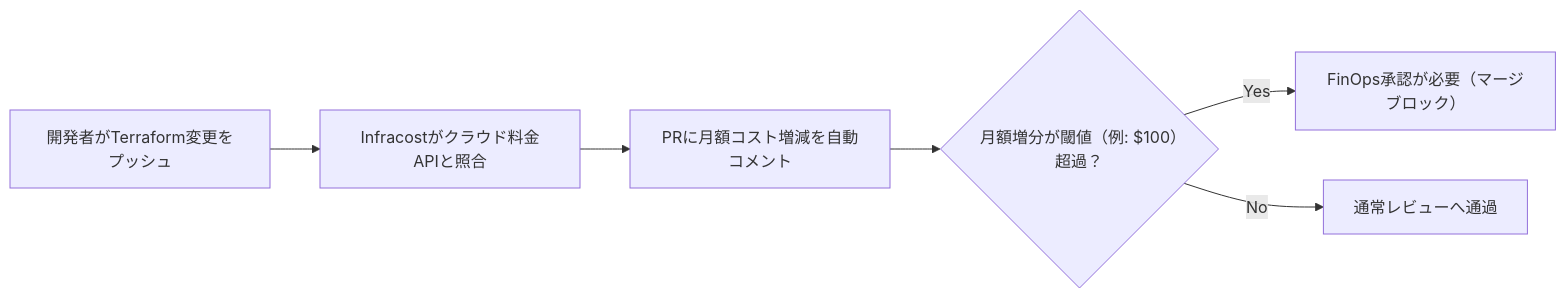
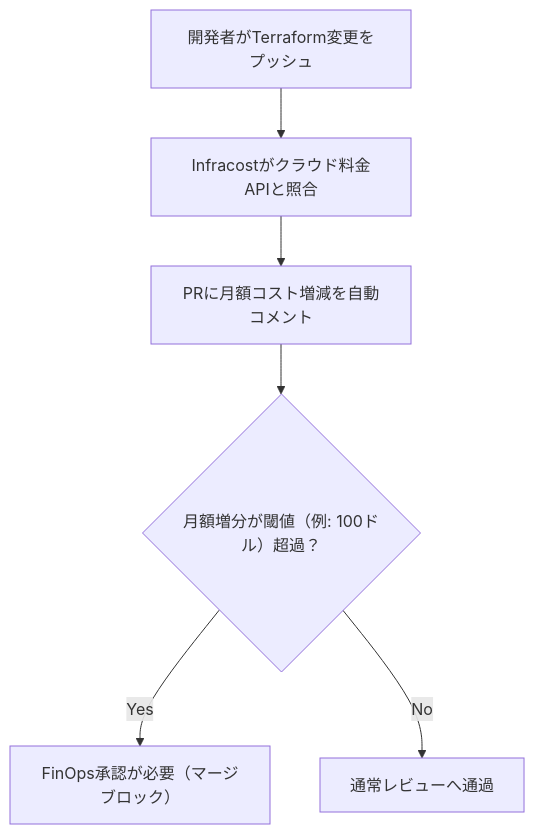
Before and after one commit to AnaharaYasuo/product-quality-management-book: the third of 3 diagrams in manuscript/08_chapter8.md, drawn with Mermaid. The commit also changed other lines of this file and 32 other files, not shown here.

````diff
--- a/manuscript/08_chapter8.md
+++ b/manuscript/08_chapter8.md
@@ -256,8 +248,8 @@
 ```mermaid
-flowchart LR
+flowchart TD
     A["開発者がTerraform変更をプッシュ"] --> B["Infracostがクラウド料金APIと照合"]
     B --> C["PRに月額コスト増減を自動コメント"]
-    C --> D{"月額増分が閾値（例: $100）超過？"}
+    C --> D{"月額増分が閾値（例: 100ドル）超過？"}
     D -->|Yes| E["FinOps承認が必要（マージブロック）"]
     D -->|No| F["通常レビューへ通過"]
 ```
````
